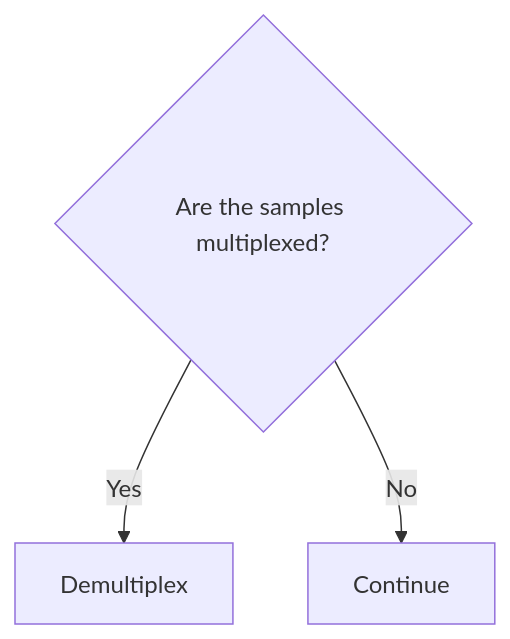
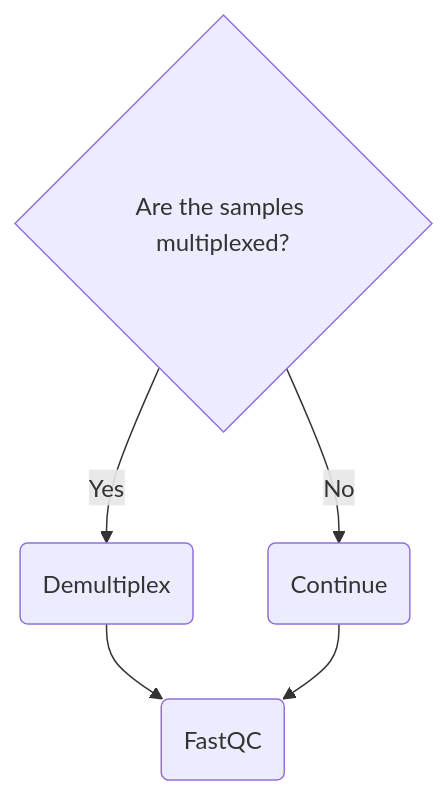
The diagram in docs/usage.md (chelauk/nf-core-demultiplex-methylation), drawn with Mermaid before and after one commit.

````diff
--- a/docs/usage.md
+++ b/docs/usage.md
@@ -7,6 +7,8 @@
 ```mermaid
 flowchart TD
 step1{Are the samples multiplexed?}
-step1 -->|Yes| D[Demultiplex]
-step1 -->|No| E[Continue]
+step1 -->|Yes| step1a(Demultiplex)
+step1 -->|No| step1b(Continue)
+step1a --> step2(FastQC)
+step1b --> step2(FastQC)
 ```
````
